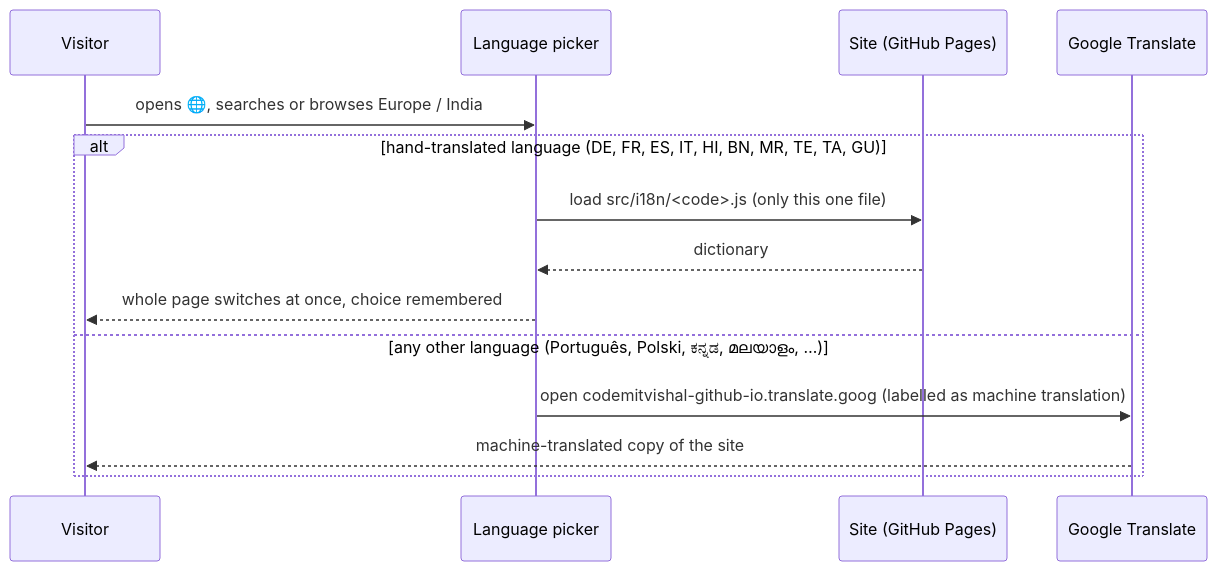
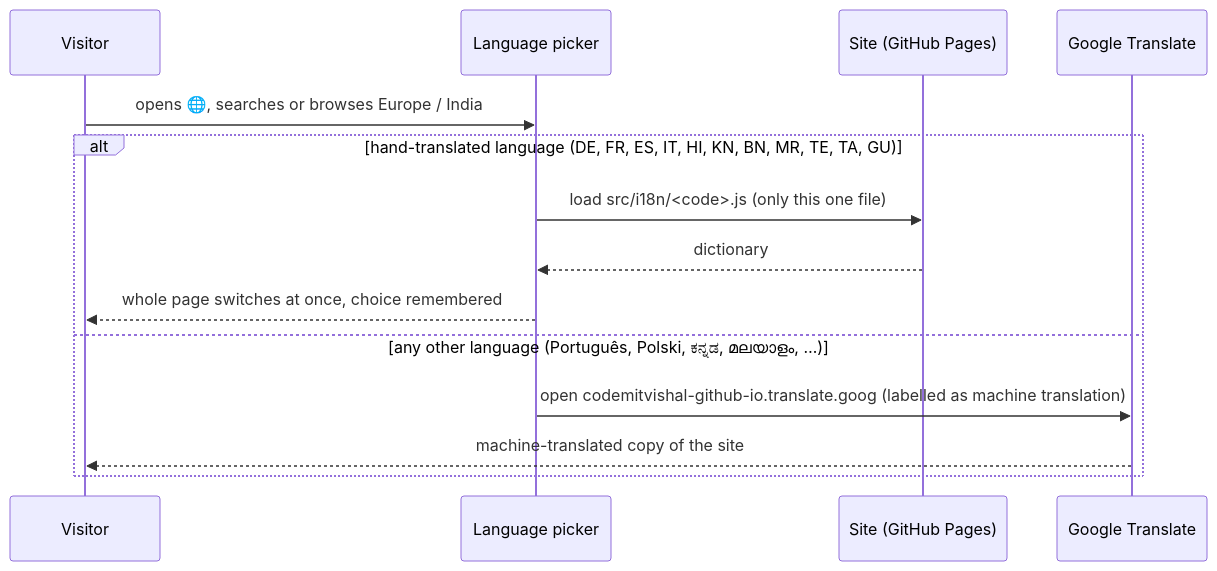
The second of 3 diagrams in README.md (CodeMitVishal/CodeMitVishal.github.io), drawn with Mermaid before and after one commit. The commit also changed other lines of this file and 6 other files, not shown here.

Commit message:
Add hand-translated Kannada, listed right after Hindi

````diff
--- a/README.md
+++ b/README.md
@@ -35,16 +35,16 @@
 ```mermaid
 sequenceDiagram
   participant V as Visitor
   participant P as Language picker
   participant S as Site (GitHub Pages)
   participant G as Google Translate
   V->>P: opens 🌐, searches or browses Europe / India
-  alt hand-translated language (DE, FR, ES, IT, HI, BN, MR, TE, TA, GU)
+  alt hand-translated language (DE, FR, ES, IT, HI, KN, BN, MR, TE, TA, GU)
     P->>S: load src/i18n/<code>.js (only this one file)
     S-->>P: dictionary
     P-->>V: whole page switches at once, choice remembered
   else any other language (Português, Polski, ಕನ್ನಡ, മലയാളം, …)
     P->>G: open codemitvishal-github-io.translate.goog (labelled as machine translation)
     G-->>V: machine-translated copy of the site
   end
 ```
````
